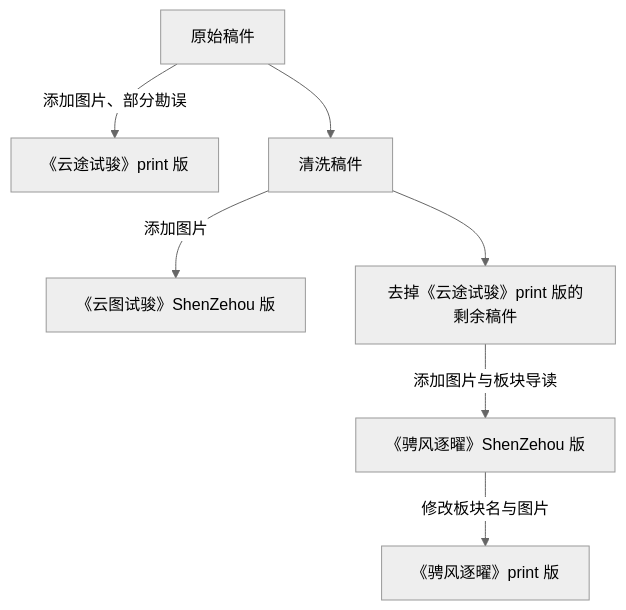
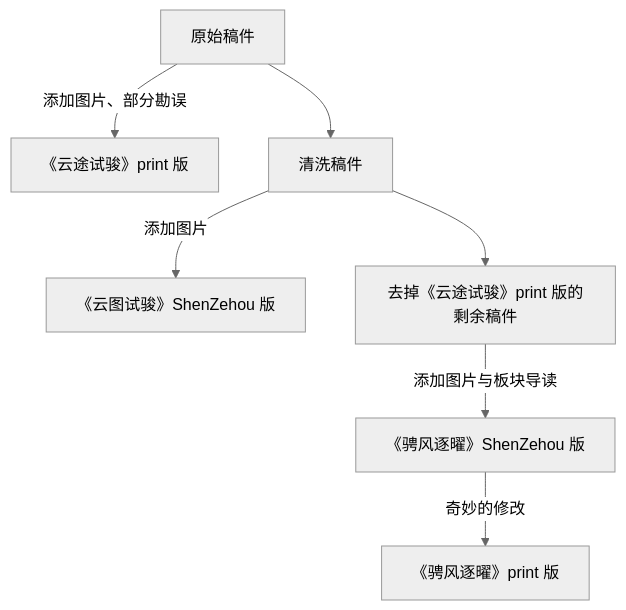
Before and after one commit to Yinzhou-High-School-Campus-Journal/Sports-Day-Issues-2026: the diagram in README.md, drawn with Mermaid (neutral theme). The commit also changed other lines of this file, not shown here.

````diff
--- a/README.md
+++ b/README.md
@@ -66,13 +33,13 @@
 ```mermaid
 flowchart TD
     A["原始稿件"]
 
     A -->|"添加图片、部分勘误"| B["《云途试骏》print 版"]
     A --> C["清洗稿件"]
 
     C -->|"添加图片"| D["《云图试骏》ShenZehou 版"]
     C --> E["去掉《云途试骏》print 版的剩余稿件"]
 
     E -->|"添加图片与板块导读"| F["《骋风逐曜》ShenZehou 版"]
-    F -->|"修改板块名与图片"| G["《骋风逐曜》print 版"]
+    F -->|"奇妙的修改"| G["《骋风逐曜》print 版"]
 ```
````
